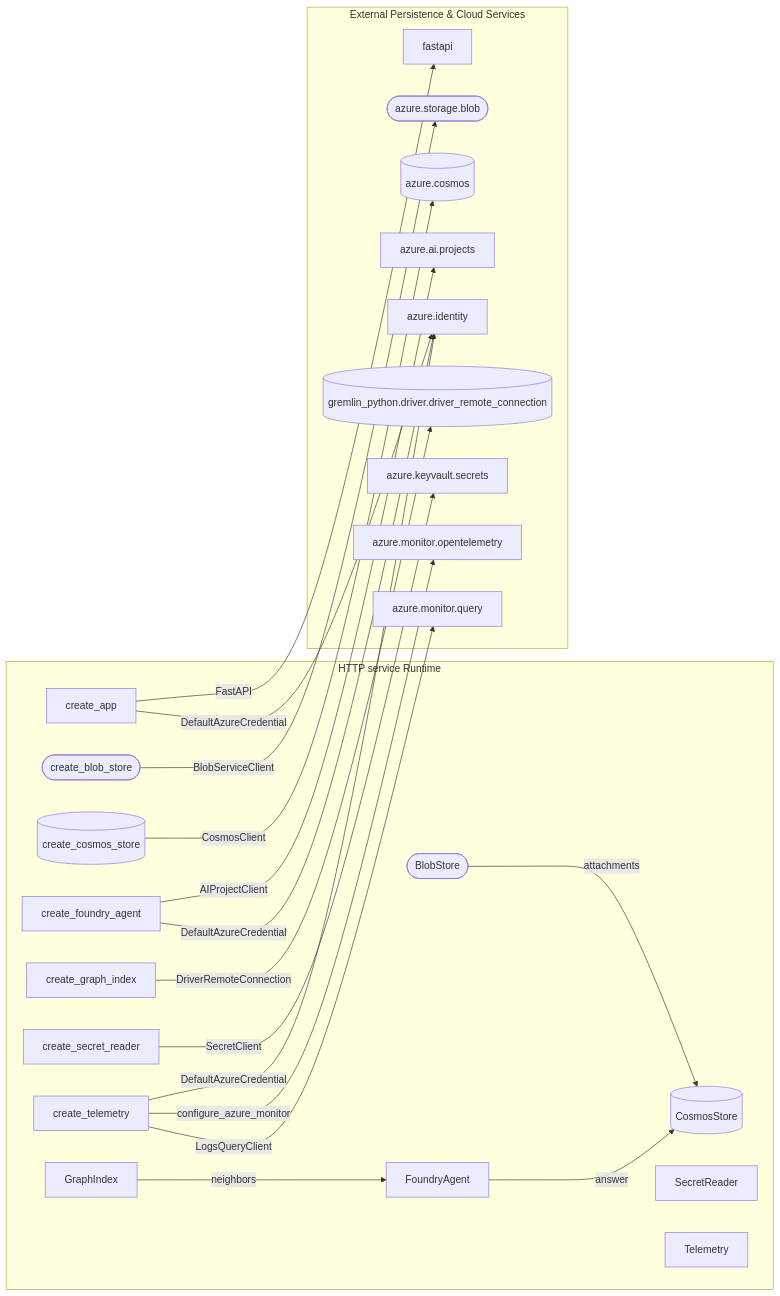
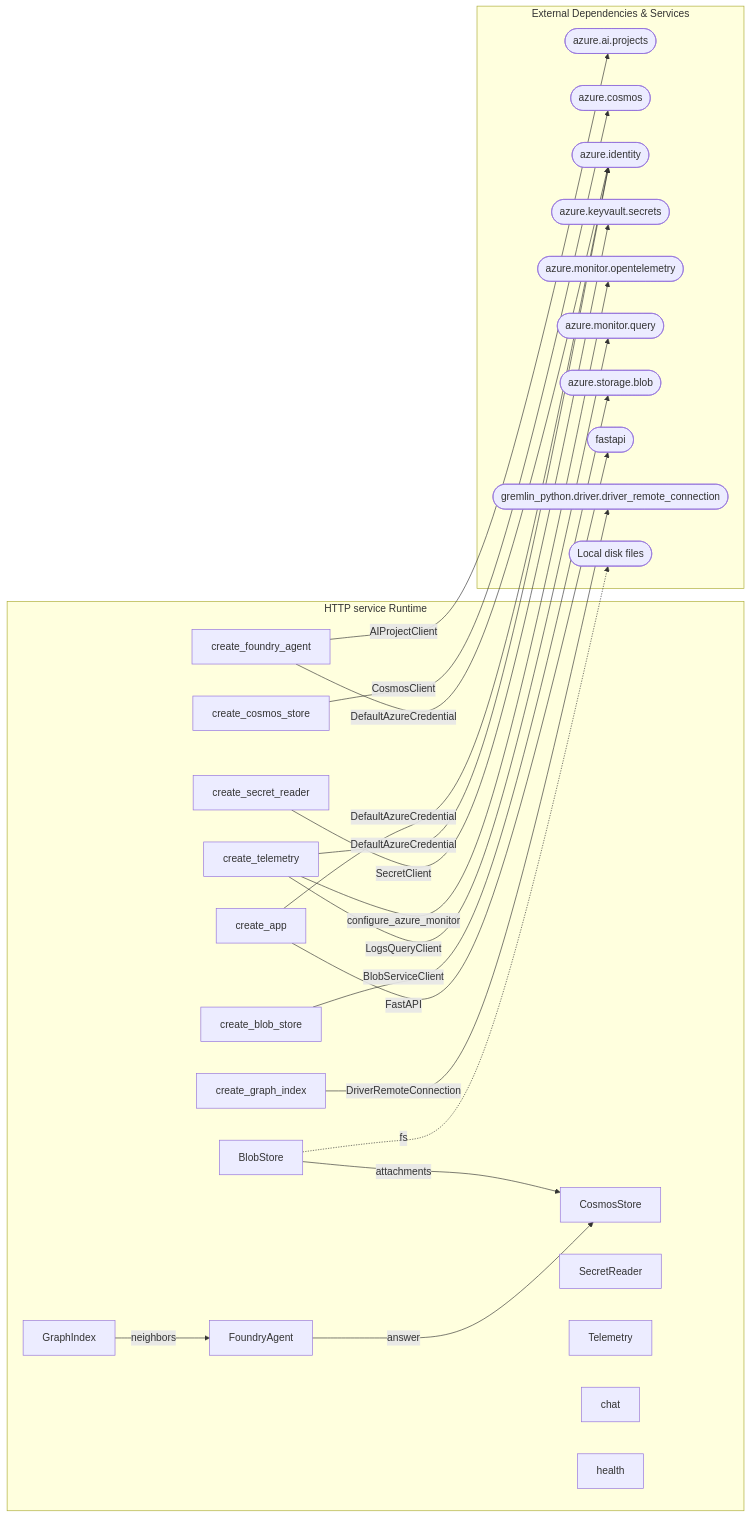
One commit to Dodhon/arch-map changed the third of 4 diagrams in examples/azure-chatbot-architecture.md. Above: the diagram before and after it, drawn with Mermaid. The commit also changed other lines of this file and 3 other files, not shown here.

Commit message:
refactor: pure AST-driven component & data-flow extraction with zero hardcoded heuristics

````diff
--- a/examples/azure-chatbot-architecture.md
+++ b/examples/azure-chatbot-architecture.md
@@ -98,43 +121,47 @@
 ```mermaid
 flowchart LR
     subgraph DP_src["HTTP service Runtime"]
+        C_BlobStore["BlobStore"]
+        C_CosmosStore["CosmosStore"]
+        C_FoundryAgent["FoundryAgent"]
+        C_GraphIndex["GraphIndex"]
+        C_SecretReader["SecretReader"]
+        C_Telemetry["Telemetry"]
         C_create_app["create_app"]
-        C_create_blob_store(["create_blob_store"])
-        C_create_cosmos_store[("create_cosmos_store")]
+        C_create_blob_store["create_blob_store"]
+        C_create_cosmos_store["create_cosmos_store"]
         C_create_foundry_agent["create_foundry_agent"]
         C_create_graph_index["create_graph_index"]
         C_create_secret_reader["create_secret_reader"]
         C_create_telemetry["create_telemetry"]
-        C_BlobStore(["BlobStore"])
-        C_CosmosStore[("CosmosStore")]
-        C_FoundryAgent["FoundryAgent"]
-        C_GraphIndex["GraphIndex"]
-        C_SecretReader["SecretReader"]
-        C_Telemetry["Telemetry"]
+        C_chat["chat"]
+        C_health["health"]
     end
-    subgraph DP_Externals["External Persistence & Cloud Services"]
-        X_azure_ai_projects["azure.ai.projects"]
-        X_azure_cosmos[("azure.cosmos")]
-        X_azure_identity["azure.identity"]
-        X_azure_keyvault_secrets["azure.keyvault.secrets"]
-        X_azure_monitor_opentelemetry["azure.monitor.opentelemetry"]
-        X_azure_monitor_query["azure.monitor.query"]
+    subgraph DP_Externals["External Dependencies & Services"]
+        X_azure_ai_projects(["azure.ai.projects"])
+        X_azure_cosmos(["azure.cosmos"])
+        X_azure_identity(["azure.identity"])
+        X_azure_keyvault_secrets(["azure.keyvault.secrets"])
+        X_azure_monitor_opentelemetry(["azure.monitor.opentelemetry"])
+        X_azure_monitor_query(["azure.monitor.query"])
         X_azure_storage_blob(["azure.storage.blob"])
-        X_fastapi["fastapi"]
-        X_gremlin_python_driver_driver_remote_connection[("gremlin_python.driver.driver_remote_connection")]
+        X_fastapi(["fastapi"])
+        X_gremlin_python_driver_driver_remote_connection(["gremlin_python.driver.driver_remote_connection"])
+        X_Local_disk_files(["Local disk files"])
     end
     C_GraphIndex -->|neighbors| C_FoundryAgent
+    C_FoundryAgent -->|answer| C_CosmosStore
     C_BlobStore -->|attachments| C_CosmosStore
-    C_FoundryAgent -->|answer| C_CosmosStore
     C_create_graph_index -->|DriverRemoteConnection| X_gremlin_python_driver_driver_remote_connection
     C_create_telemetry -->|DefaultAzureCredential| X_azure_identity
     C_create_telemetry -->|configure_azure_monitor| X_azure_monitor_opentelemetry
     C_create_telemetry -->|LogsQueryClient| X_azure_monitor_query
     C_create_secret_reader -->|SecretClient| X_azure_keyvault_secrets
     C_create_app -->|FastAPI| X_fastapi
     C_create_app -->|DefaultAzureCredential| X_azure_identity
     C_create_cosmos_store -->|CosmosClient| X_azure_cosmos
     C_create_foundry_agent -->|AIProjectClient| X_azure_ai_projects
     C_create_foundry_agent -->|DefaultAzureCredential| X_azure_identity
     C_create_blob_store -->|BlobServiceClient| X_azure_storage_blob
+    C_BlobStore -.->|fs| X_Local_disk_files
 ```
````
